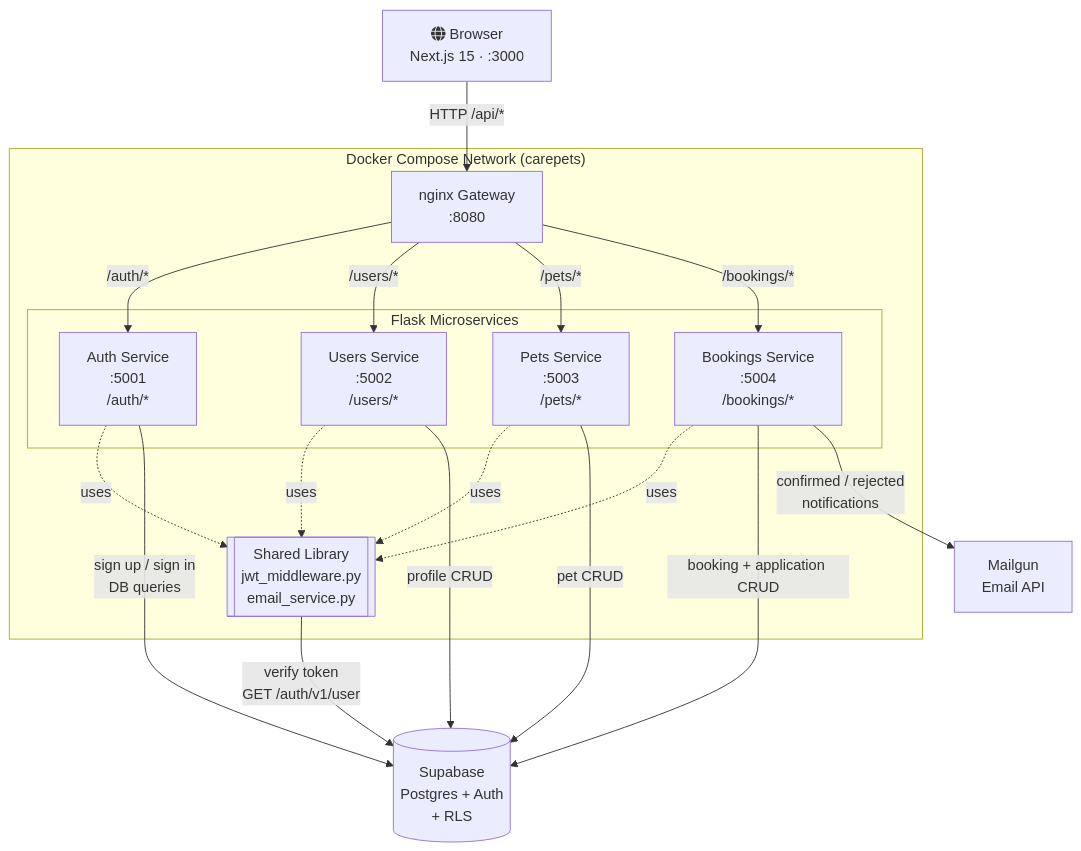
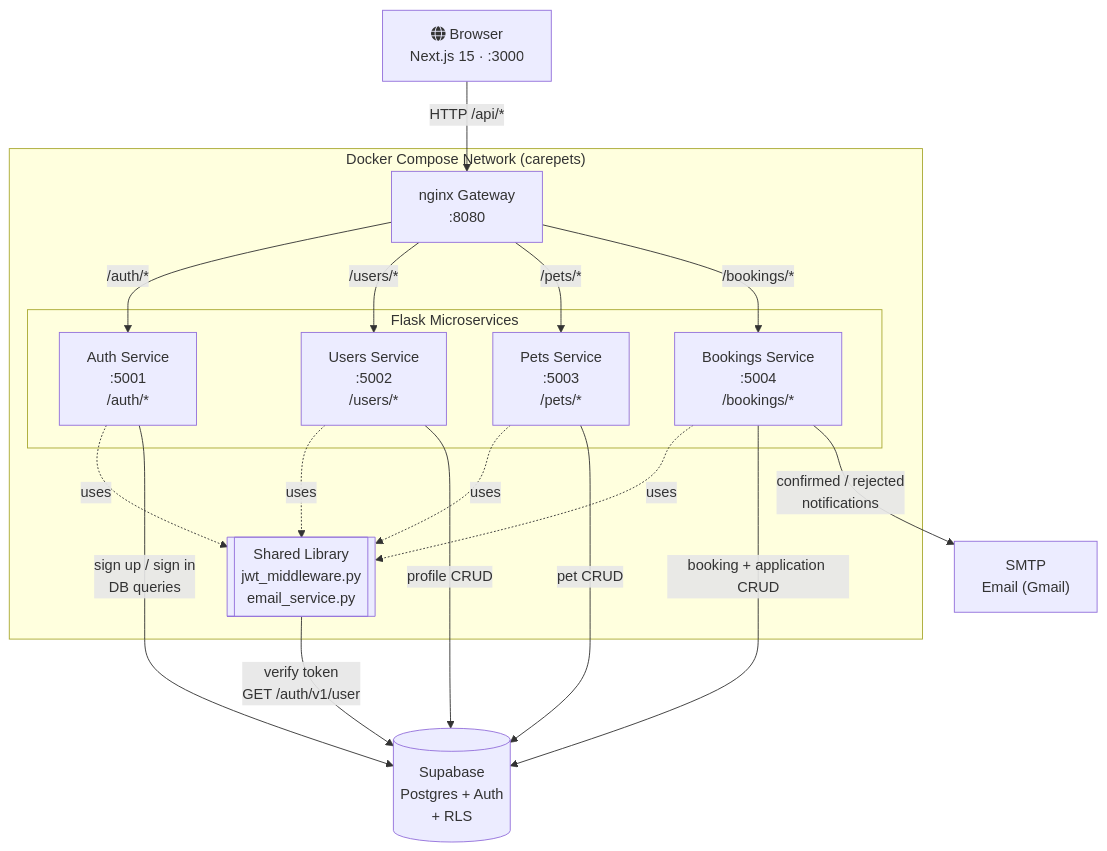
The first of 4 diagrams in README.md (benchan911/PetStore), drawn with Mermaid before and after one commit. The commit also changed other lines of this file and 14 other files, not shown here.

````diff
--- a/README.md
+++ b/README.md
@@ -255,39 +258,39 @@
 ```mermaid
 flowchart TD
     Browser["fa:fa-globe Browser\nNext.js 15 · :3000"]
 
     subgraph docker ["Docker Compose Network (carepets)"]
         GW["nginx Gateway\n:8080"]
 
         subgraph services ["Flask Microservices"]
             Auth["Auth Service\n:5001\n/auth/*"]
             Users["Users Service\n:5002\n/users/*"]
             Pets["Pets Service\n:5003\n/pets/*"]
             Bookings["Bookings Service\n:5004\n/bookings/*"]
         end
 
         SharedLib[["Shared Library\njwt_middleware.py\nemail_service.py"]]
     end
 
     Supabase[("Supabase\nPostgres + Auth\n+ RLS")]
-    Mailgun["Mailgun\nEmail API"]
+    SMTP["SMTP\nEmail (Gmail)"]
 
     Browser -- "HTTP /api/*" --> GW
     GW -- "/auth/*" --> Auth
     GW -- "/users/*" --> Users
     GW -- "/pets/*" --> Pets
     GW -- "/bookings/*" --> Bookings
 
     Auth -. "uses" .-> SharedLib
     Users -. "uses" .-> SharedLib
     Pets -. "uses" .-> SharedLib
     Bookings -. "uses" .-> SharedLib
 
     Auth -- "sign up / sign in\nDB queries" --> Supabase
     Users -- "profile CRUD" --> Supabase
     Pets -- "pet CRUD" --> Supabase
     Bookings -- "booking + application CRUD" --> Supabase
     SharedLib -- "verify token\nGET /auth/v1/user" --> Supabase
 
-    Bookings -- "confirmed / rejected\nnotifications" --> Mailgun
+    Bookings -- "confirmed / rejected\nnotifications" --> SMTP
 ```
````
